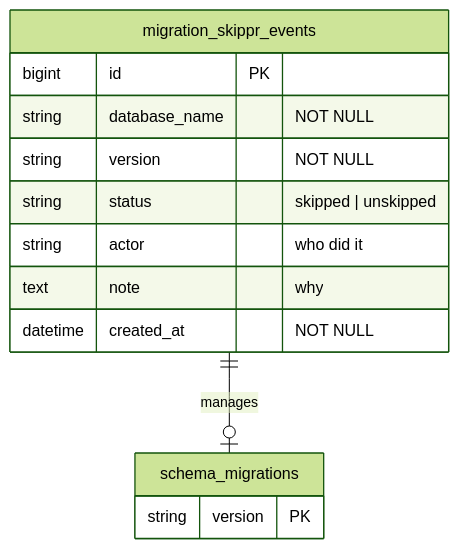
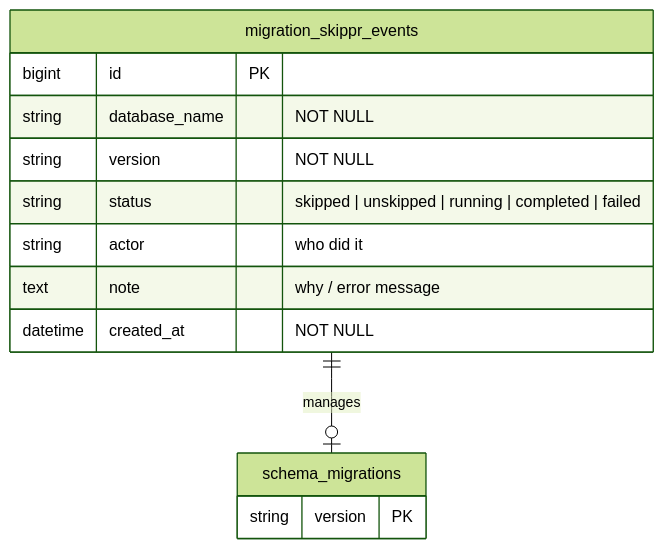
One commit to jrgifford/migration_skippr changed the third of 4 diagrams in README.md. Above: the diagram before and after it, drawn with Mermaid (forest theme). The commit also changed other lines of this file and 25 other files, not shown here.

````diff
--- a/README.md
+++ b/README.md
@@ -138,18 +152,18 @@
 ```mermaid
 erDiagram
     migration_skippr_events {
         bigint id PK
         string database_name "NOT NULL"
         string version "NOT NULL"
-        string status "skipped | unskipped"
+        string status "skipped | unskipped | running | completed | failed"
         string actor "who did it"
-        text note "why"
+        text note "why / error message"
         datetime created_at "NOT NULL"
     }
 
     schema_migrations {
         string version PK
     }
 
     migration_skippr_events ||--o| schema_migrations : "manages"
 ```
````
